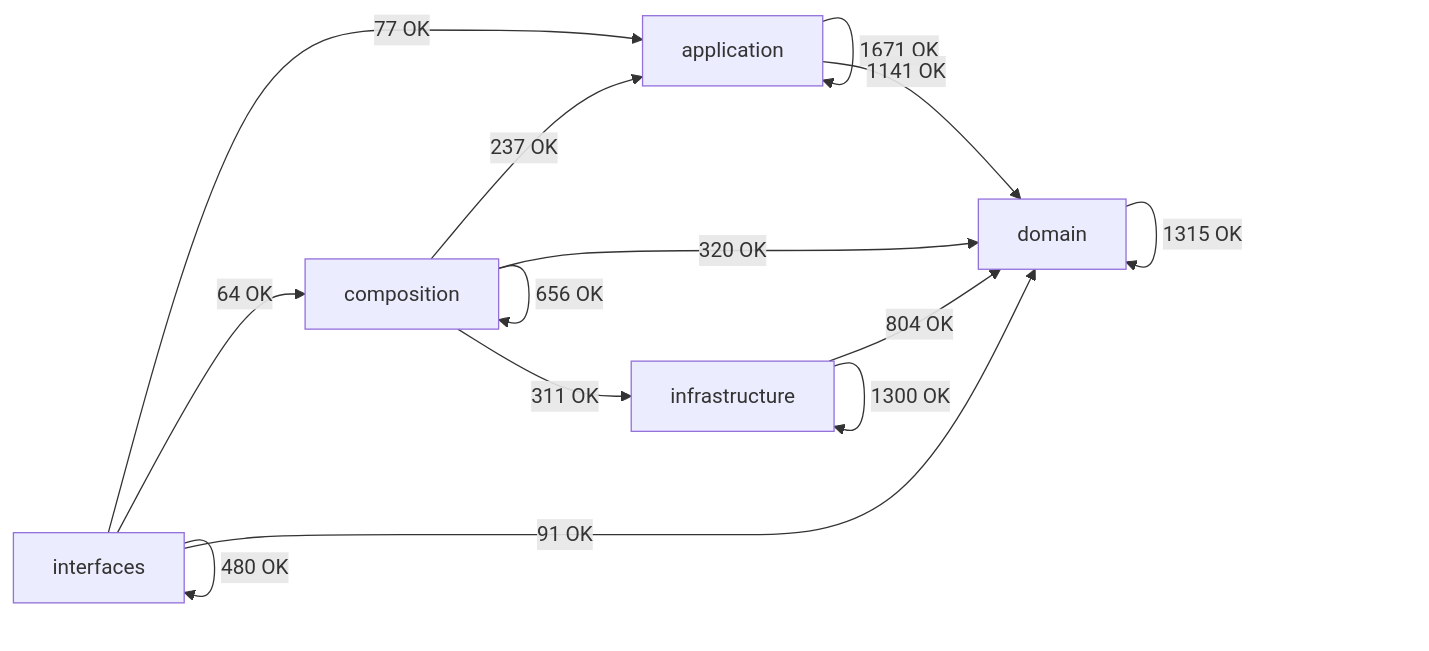
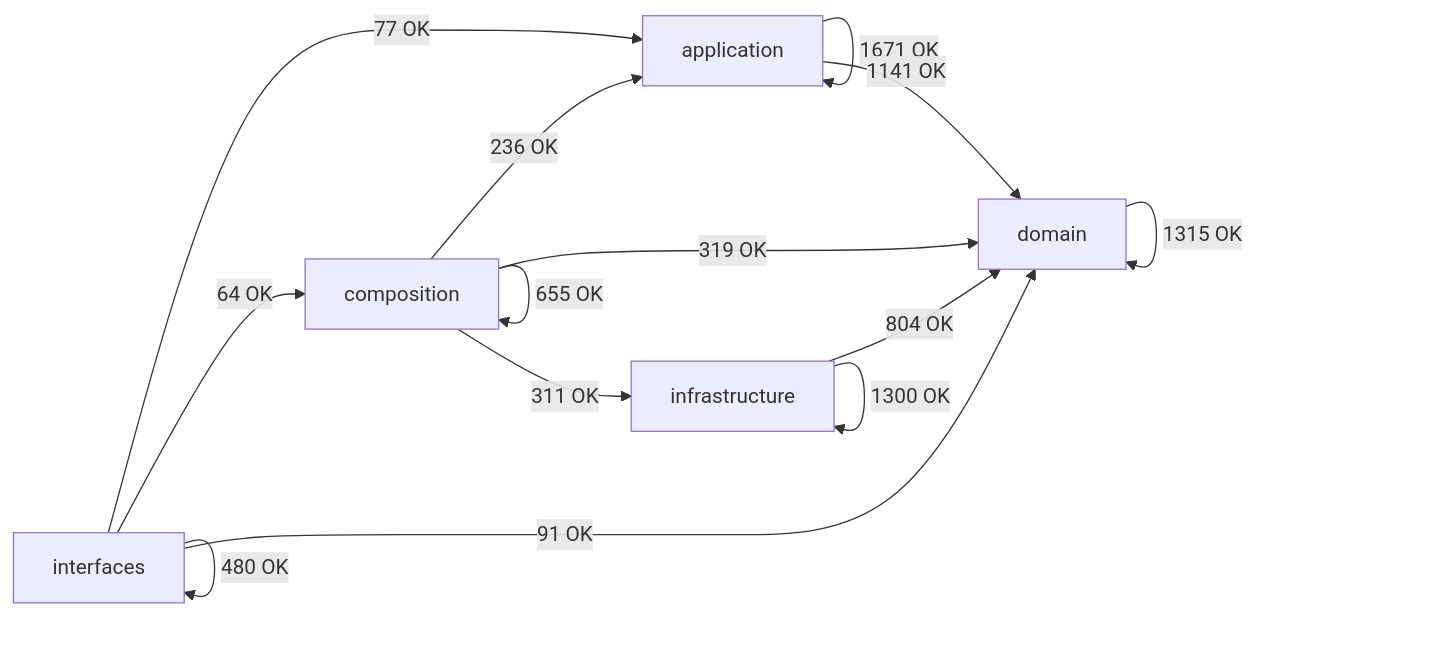
One commit to SatoryKono/BioactivityDataAcquisition changed the diagram in docs/02-architecture/generated/module-dependency-map.md. Above: the diagram before and after it, drawn with Mermaid. The commit also changed other lines of this file and 87 other files, not shown here.

````diff
--- a/docs/02-architecture/generated/module-dependency-map.md
+++ b/docs/02-architecture/generated/module-dependency-map.md
@@ -17,21 +17,21 @@
 ```mermaid
 flowchart LR
     domain[domain]
     application[application]
     infrastructure[infrastructure]
     composition[composition]
     interfaces[interfaces]
     application -->|1671 OK| application
     application -->|1141 OK| domain
-    composition -->|237 OK| application
-    composition -->|656 OK| composition
-    composition -->|320 OK| domain
+    composition -->|236 OK| application
+    composition -->|655 OK| composition
+    composition -->|319 OK| domain
     composition -->|311 OK| infrastructure
     domain -->|1315 OK| domain
     infrastructure -->|804 OK| domain
     infrastructure -->|1300 OK| infrastructure
     interfaces -->|77 OK| application
     interfaces -->|64 OK| composition
     interfaces -->|91 OK| domain
     interfaces -->|480 OK| interfaces
 ```
````
